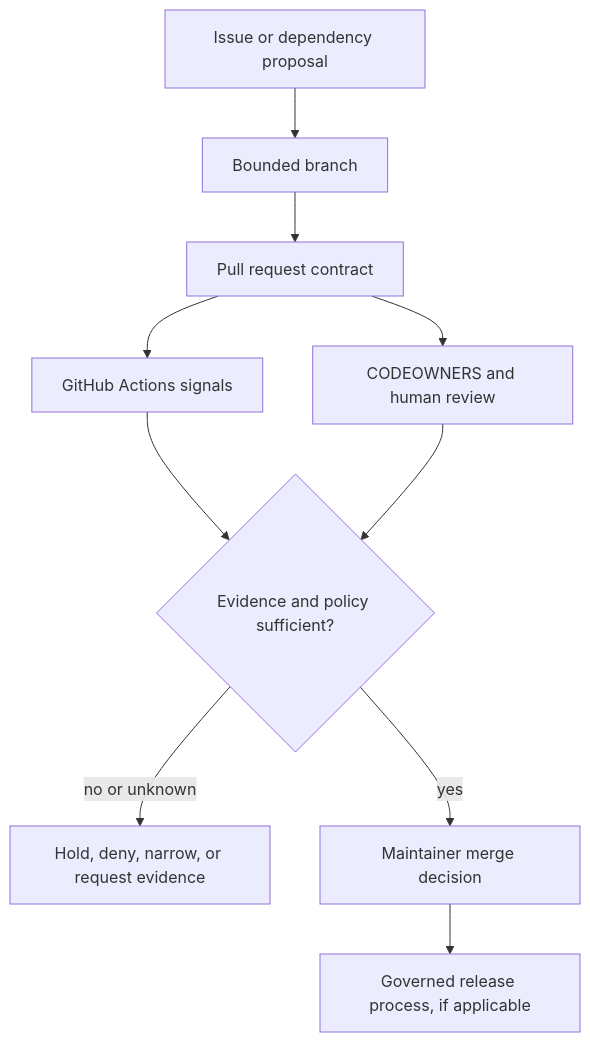
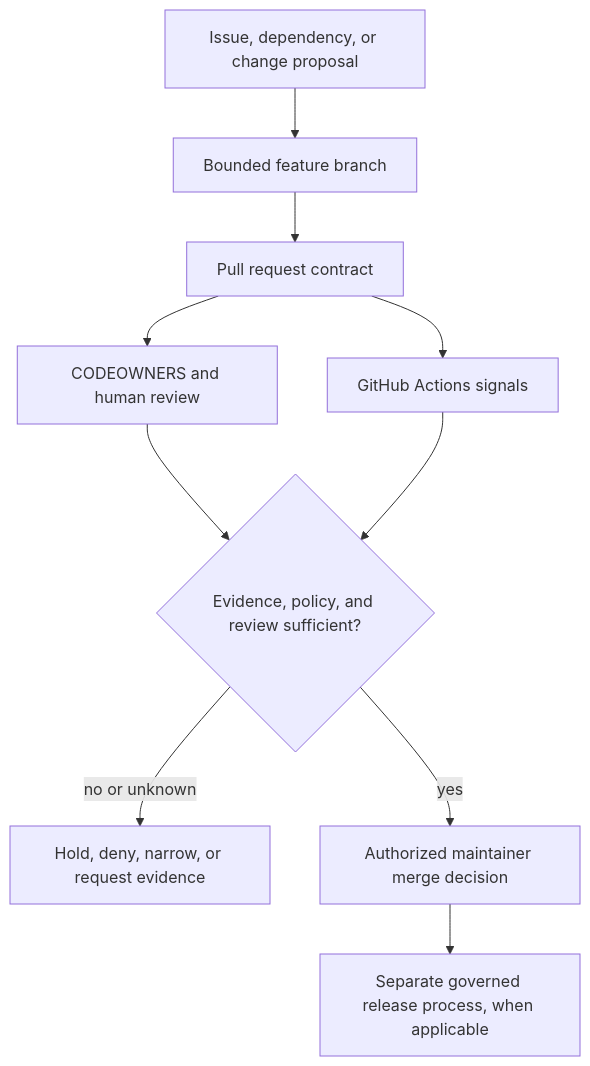
One commit to bartytime4life/Kansas-Frontier-Matrix changed the diagram in .github/README.md. Above: the diagram before and after it, drawn with Mermaid. The commit also changed other lines of this file, not shown here.

````diff
--- a/.github/README.md
+++ b/.github/README.md
@@ -155,12 +168,12 @@
 ```mermaid
 flowchart TD
-    I["Issue or dependency proposal"] --> B["Bounded branch"]
+    I["Issue, dependency, or change proposal"] --> B["Bounded feature branch"]
     B --> P["Pull request contract"]
     P --> C["CODEOWNERS and human review"]
     P --> W["GitHub Actions signals"]
-    W --> D{"Evidence and policy sufficient?"}
-    C --> D
+    C --> D{"Evidence, policy, and review sufficient?"}
+    W --> D
     D -->|no or unknown| H["Hold, deny, narrow, or request evidence"]
-    D -->|yes| M["Maintainer merge decision"]
-    M --> R["Governed release process, if applicable"]
+    D -->|yes| M["Authorized maintainer merge decision"]
+    M --> R["Separate governed release process, when applicable"]
 ```
````
